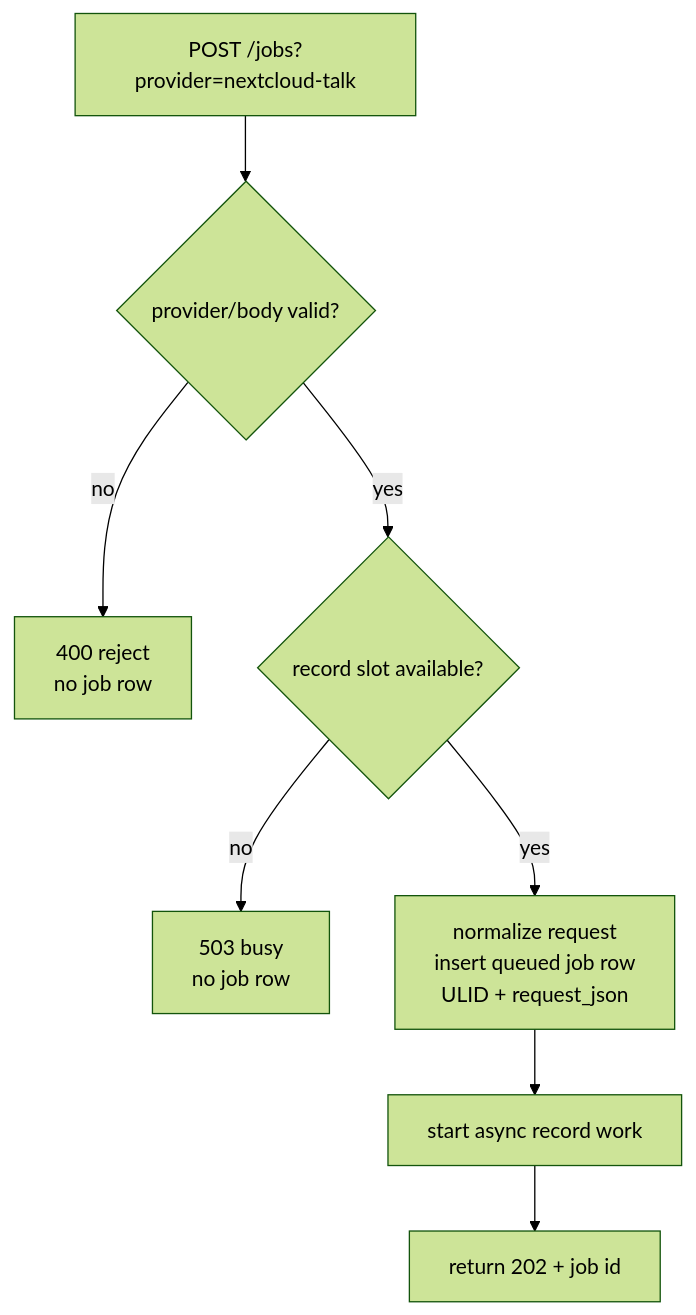
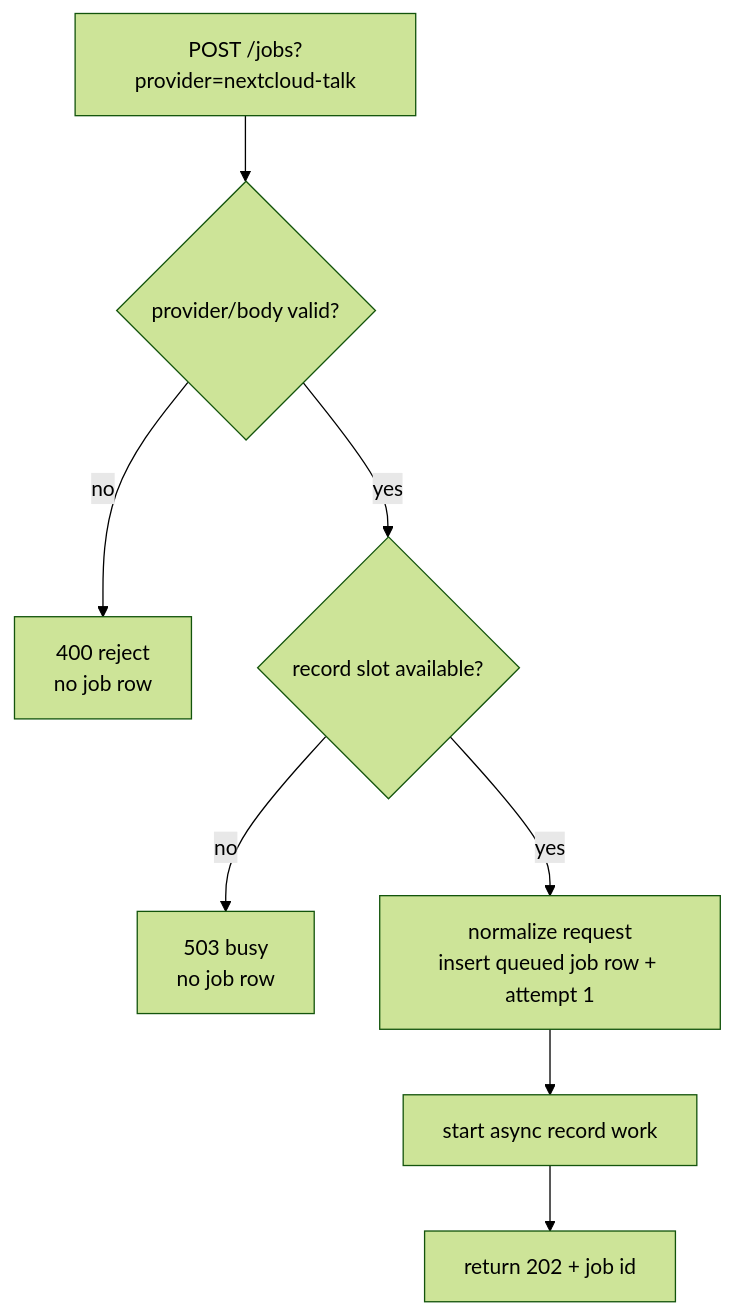
One commit to codemyriad/gocassini changed the third of 7 diagrams in cassini-operator/README.md. Above: the diagram before and after it, drawn with Mermaid (forest theme). The commit also changed other lines of this file and 18 other files, not shown here.

First line of the commit message:
D-243 impl slices 1-3: add failure inspection and rerun flow

````diff
--- a/cassini-operator/README.md
+++ b/cassini-operator/README.md
@@ -99,10 +101,10 @@
 ```mermaid
 flowchart TD
   A["POST /jobs?provider=nextcloud-talk"] --> B{"provider/body valid?"}
   B -->|no| R1["400 reject\nno job row"]
   B -->|yes| C{"record slot available?"}
   C -->|no| R2["503 busy\nno job row"]
-  C -->|yes| D["normalize request\ninsert queued job row\nULID + request_json"]
+  C -->|yes| D["normalize request\ninsert queued job row + attempt 1"]
   D --> E["start async record work"]
   E --> F["return 202 + job id"]
 ```
````
